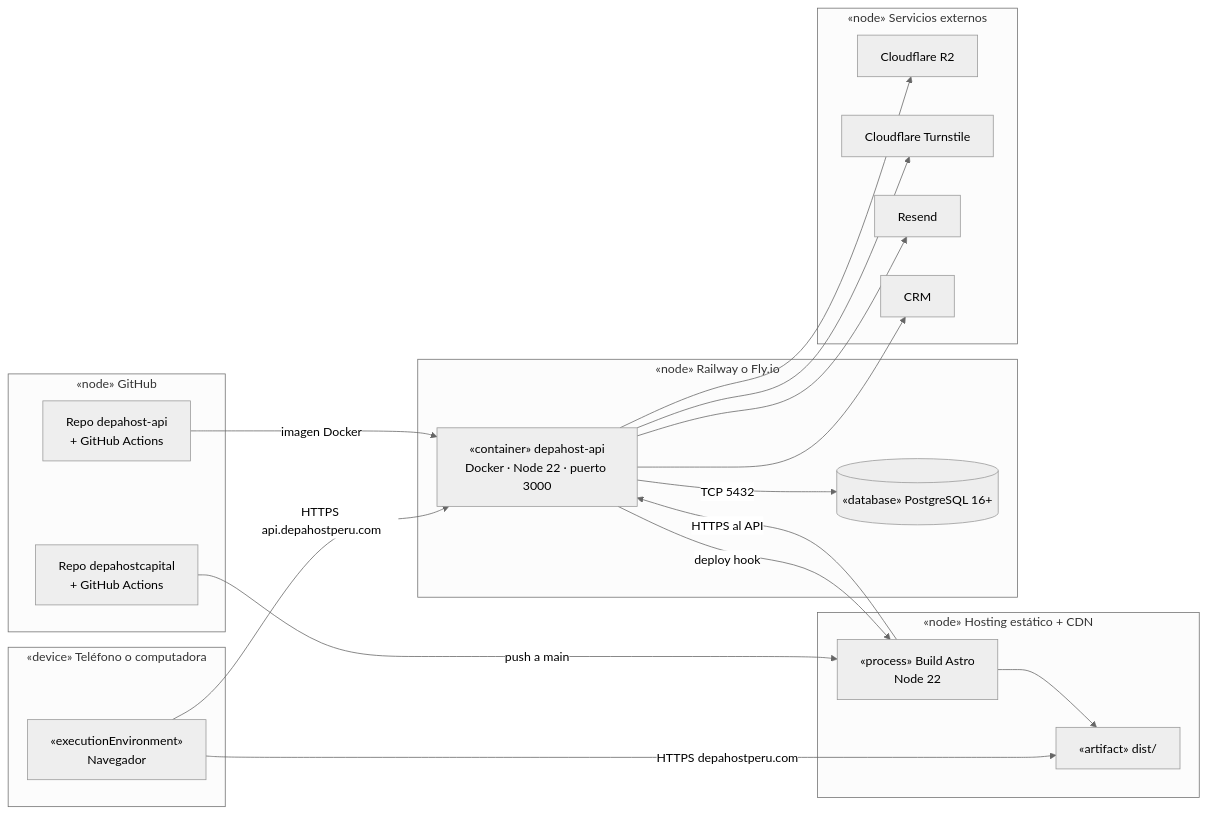
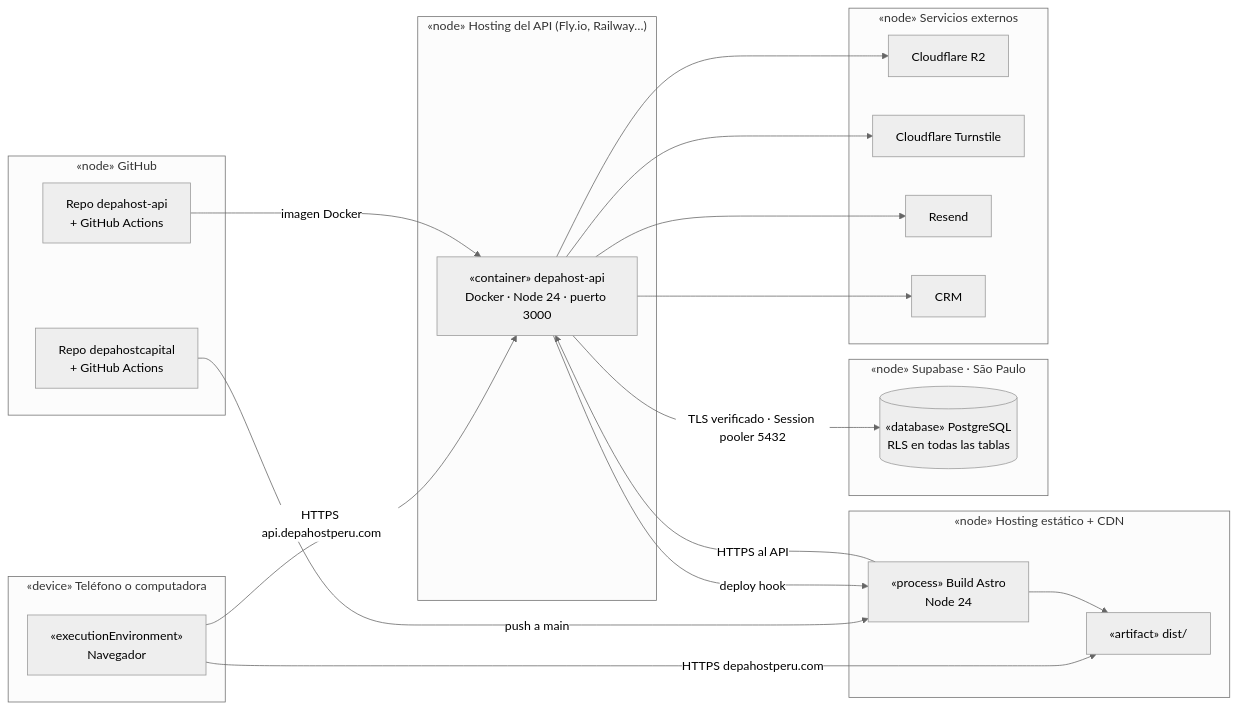
One commit to samirharrytl/DHC_landing changed the third of 4 diagrams in docs/plataforma/01-arquitectura.md. Above: the diagram before and after it, drawn with Mermaid (neutral theme). The commit also changed other lines of this file and 17 other files, not shown here.

````diff
--- a/docs/plataforma/01-arquitectura.md
+++ b/docs/plataforma/01-arquitectura.md
@@ -84,38 +84,41 @@
 ```mermaid
 flowchart LR
     subgraph Cliente["«device» Teléfono o computadora"]
         B["«executionEnvironment»<br/>Navegador"]
     end
 
     subgraph CDN["«node» Hosting estático + CDN"]
         S["«artifact» dist/"]
-        CI1["«process» Build Astro<br/>Node 22"]
+        CI1["«process» Build Astro<br/>Node 24"]
     end
 
-    subgraph Cloud["«node» Railway o Fly.io"]
-        C["«container» depahost-api<br/>Docker · Node 22 · puerto 3000"]
-        D[("«database» PostgreSQL 16+")]
+    subgraph Cloud["«node» Hosting del API (Fly.io, Railway…)"]
+        C["«container» depahost-api<br/>Docker · Node 24 · puerto 3000"]
+    end
+
+    subgraph SB["«node» Supabase · São Paulo"]
+        D[("«database» PostgreSQL<br/>RLS en todas las tablas")]
     end
 
     subgraph Ext["«node» Servicios externos"]
         E1["Cloudflare R2"]
         E2["Cloudflare Turnstile"]
         E3["Resend"]
         E4["CRM"]
     end
 
     subgraph GH["«node» GitHub"]
         G1["Repo depahostcapital<br/>+ GitHub Actions"]
         G2["Repo depahost-api<br/>+ GitHub Actions"]
     end
 
     B -- "HTTPS depahostperu.com" --> S
     B -- "HTTPS api.depahostperu.com" --> C
-    C -- "TCP 5432" --> D
+    C -- "TLS verificado · Session pooler 5432" --> D
     C --> E1 & E2 & E3 & E4
     G1 -- "push a main" --> CI1
     C -- "deploy hook" --> CI1
     CI1 -- "HTTPS al API" --> C
     CI1 --> S
     G2 -- "imagen Docker" --> C
 ```
````
